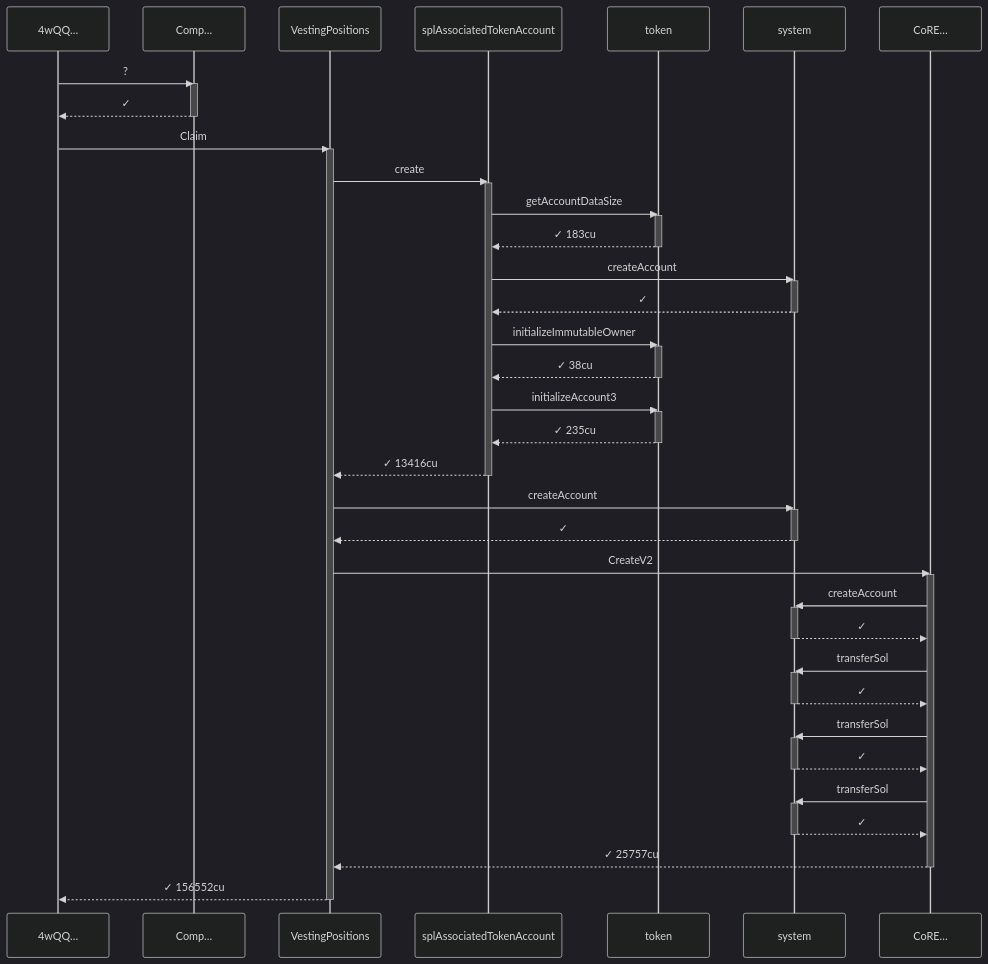
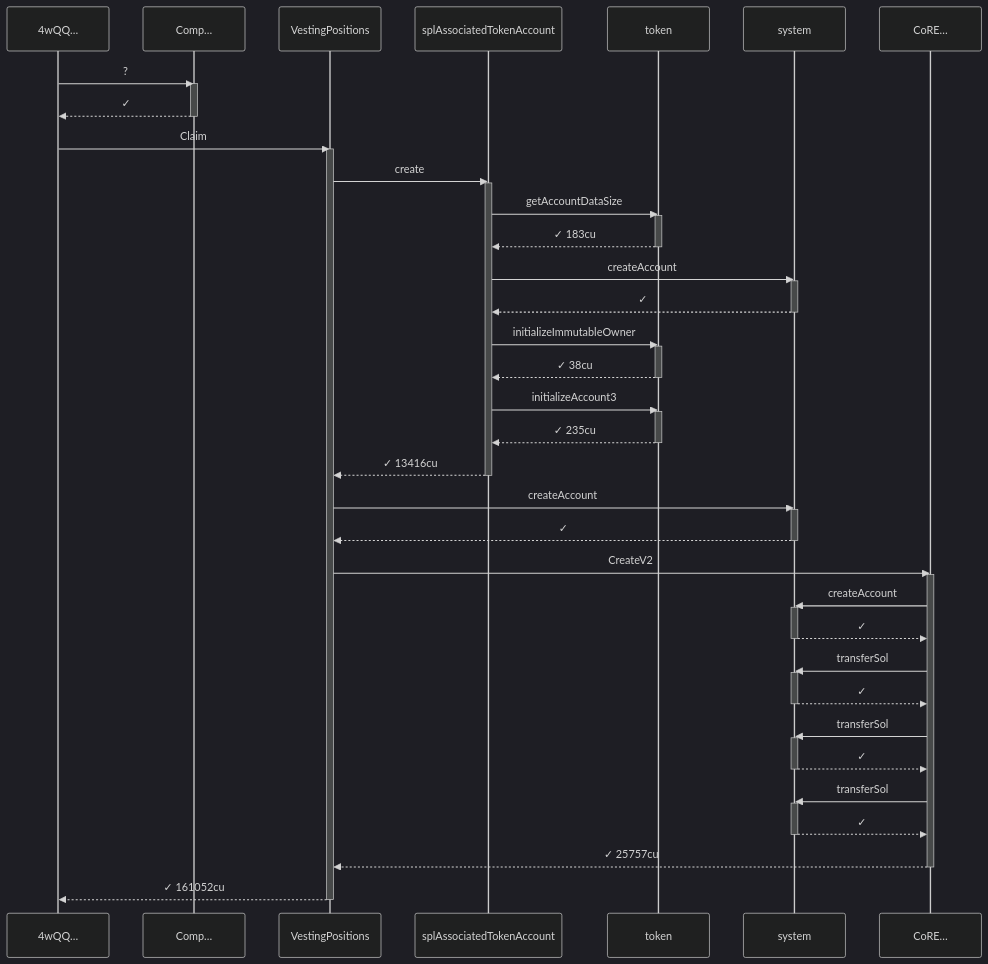
The fourth of 9 diagrams in babelfish-tests/test-report/transfer_blocked_when_collection_frozen.md (cds-turbin3/vesting-position), drawn with Mermaid (dark theme) before and after one commit. The commit also changed other lines of this file and 106 other files, not shown here.

````diff
--- a/babelfish-tests/test-report/transfer_blocked_when_collection_frozen.md
+++ b/babelfish-tests/test-report/transfer_blocked_when_collection_frozen.md
@@ -199,62 +208,62 @@
 ```mermaid
 sequenceDiagram
     participant p0 as 4wQQ…
     participant p1 as Comp…
     participant p2 as VestingPositions
     participant p3 as splAssociatedTokenAccount
     participant p4 as token
     participant p5 as system
     participant p6 as CoRE…
     p0->>p1: ?
     activate p1
     p1-->>p0: ✓
     deactivate p1
     p0->>p2: Claim
     activate p2
     p2->>p3: create
     activate p3
     p3->>p4: getAccountDataSize
     activate p4
     p4-->>p3: ✓ 183cu
     deactivate p4
     p3->>p5: createAccount
     activate p5
     p5-->>p3: ✓
     deactivate p5
     p3->>p4: initializeImmutableOwner
     activate p4
     p4-->>p3: ✓ 38cu
     deactivate p4
     p3->>p4: initializeAccount3
     activate p4
     p4-->>p3: ✓ 235cu
     deactivate p4
     p3-->>p2: ✓ 13416cu
     deactivate p3
     p2->>p5: createAccount
     activate p5
     p5-->>p2: ✓
     deactivate p5
     p2->>p6: CreateV2
     activate p6
     p6->>p5: createAccount
     activate p5
     p5-->>p6: ✓
     deactivate p5
     p6->>p5: transferSol
     activate p5
     p5-->>p6: ✓
     deactivate p5
     p6->>p5: transferSol
     activate p5
     p5-->>p6: ✓
     deactivate p5
     p6->>p5: transferSol
     activate p5
     p5-->>p6: ✓
     deactivate p5
     p6-->>p2: ✓ 25757cu
     deactivate p6
-    p2-->>p0: ✓ 156552cu
+    p2-->>p0: ✓ 161052cu
     deactivate p2
 ```
````
